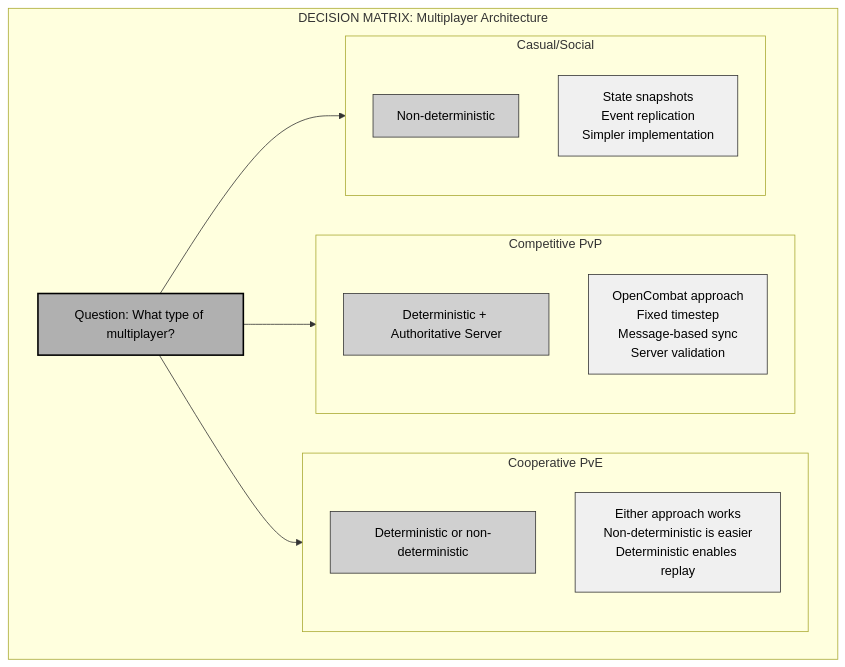
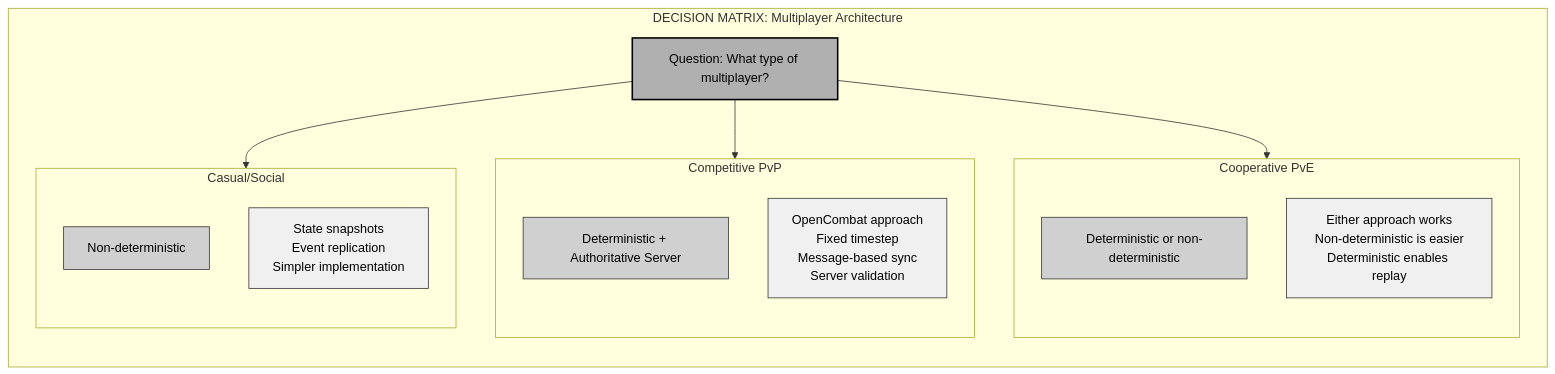
Before and after one commit to jukofyork/close-combat-architecture-study: the fifth of 7 diagrams in chapter_15_multiplayer.md, drawn with Mermaid. The commit also changed other lines of this file and 7 other files, not shown here.

````diff
--- a/chapter_15_multiplayer.md
+++ b/chapter_15_multiplayer.md
@@ -1234,35 +1238,39 @@
 ```mermaid
 flowchart TD
     classDef default fill:#fff,stroke:#000,stroke-width:1px,color:#000
     classDef light fill:#f0f0f0,stroke:#333,stroke-width:1px,color:#000
     classDef medium fill:#d0d0d0,stroke:#333,stroke-width:1px,color:#000
     classDef dark fill:#b0b0b0,stroke:#000,stroke-width:2px,color:#000
 
     subgraph Decision["DECISION MATRIX: Multiplayer Architecture"]
+        direction TB
 
         Q["Question: What type of multiplayer?"]
 
         subgraph Competitive["Competitive PvP"]
+            direction TB
             Comp1["Deterministic + Authoritative Server"]
             Comp2["OpenCombat approach\nFixed timestep\nMessage-based sync\nServer validation"]
         end
 
         subgraph Cooperative["Cooperative PvE"]
+            direction TB
             Coop1["Deterministic or non-deterministic"]
             Coop2["Either approach works\nNon-deterministic is easier\nDeterministic enables replay"]
         end
 
         subgraph Casual["Casual/Social"]
+            direction TB
             Cas1["Non-deterministic"]
             Cas2["State snapshots\nEvent replication\nSimpler implementation"]
         end
 
         Q --> Competitive
         Q --> Cooperative
         Q --> Casual
     end
 
     class Q dark
     class Comp1,Coop1,Cas1 medium
     class Comp2,Coop2,Cas2 light
 ```
````
